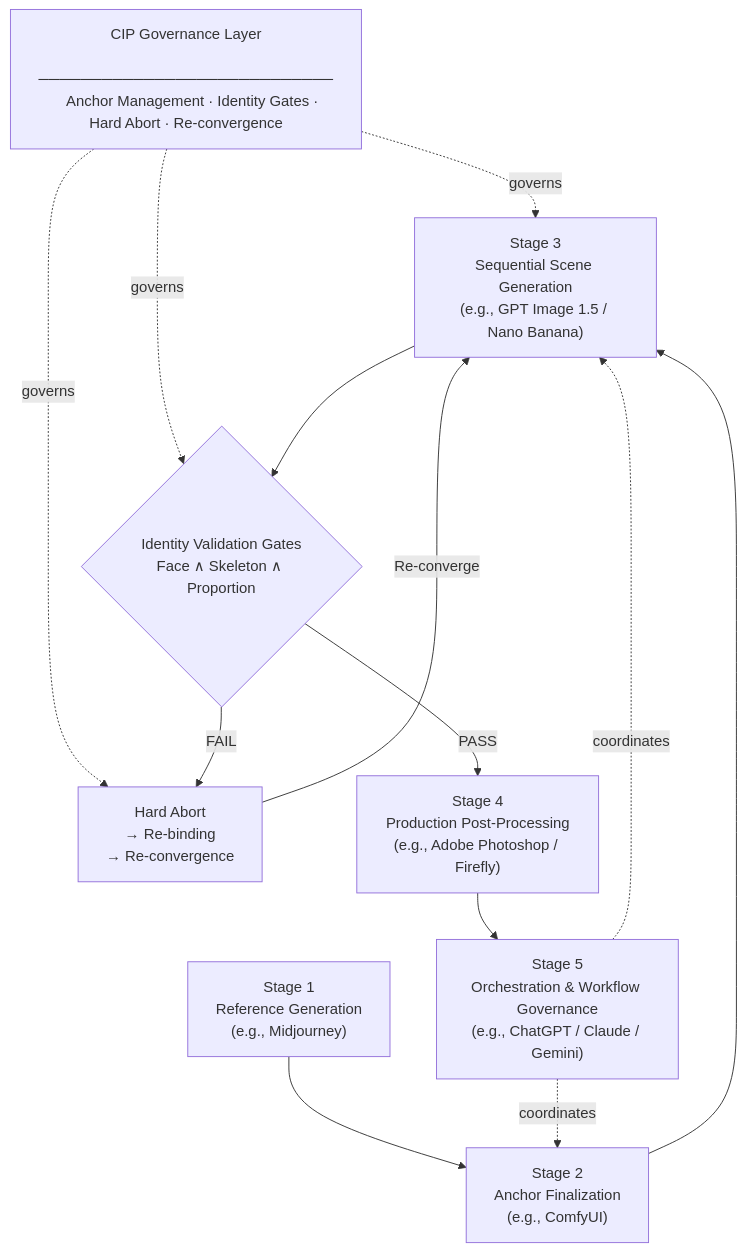
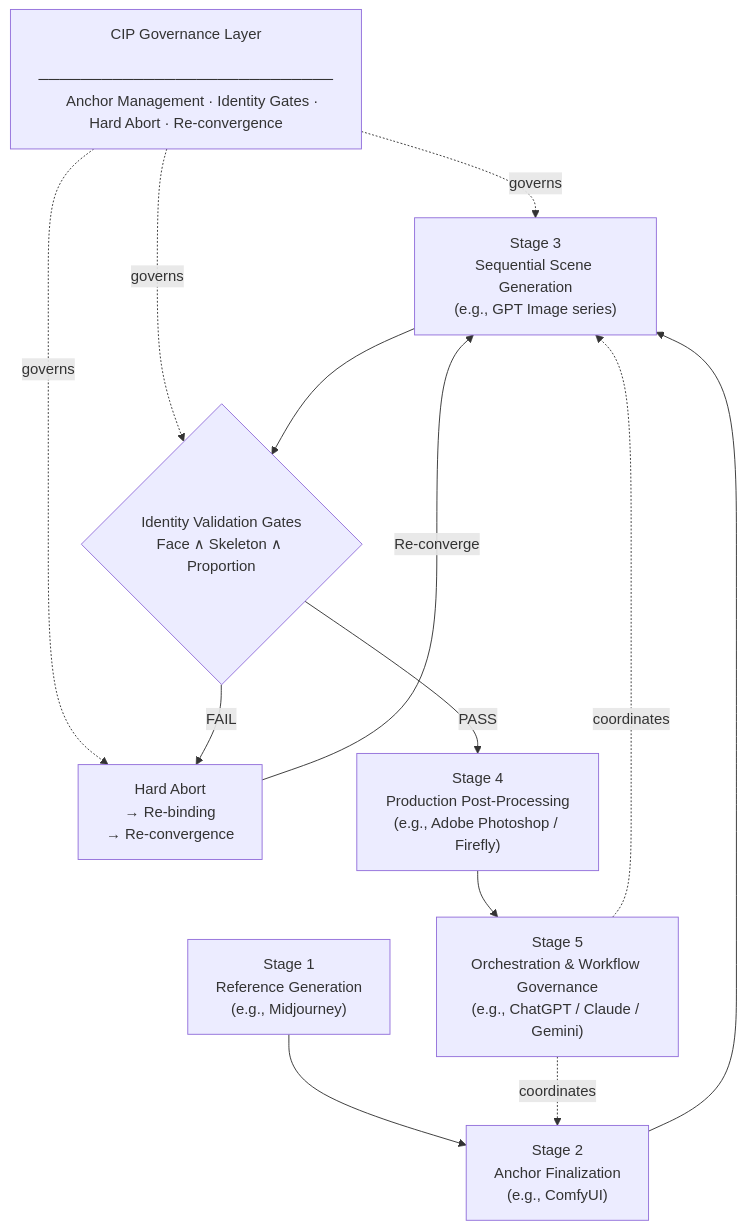
Before and after one commit to watadani-byte/character-identity-protocol: the fourth of 7 diagrams in docs/whitepaper_v1.md, drawn with Mermaid. The commit also changed other lines of this file, not shown here.

````diff
--- a/docs/whitepaper_v1.md
+++ b/docs/whitepaper_v1.md
@@ -882,28 +884,28 @@
 ```mermaid
 flowchart TD
     GOV["CIP Governance Layer
     ────────────────────────────
     Anchor Management · Identity Gates · Hard Abort · Re-convergence"]
 
     S1["Stage 1\nReference Generation\n(e.g., Midjourney)"]
     S2["Stage 2\nAnchor Finalization\n(e.g., ComfyUI)"]
-    S3["Stage 3\nSequential Scene Generation\n(e.g., GPT Image 1.5 / Nano Banana)"]
+    S3["Stage 3\nSequential Scene Generation\n(e.g., GPT Image series)"]
     GATE{"Identity Validation Gates\nFace ∧ Skeleton ∧ Proportion"}
     HA["Hard Abort\n→ Re-binding\n→ Re-convergence"]
     S4["Stage 4\nProduction Post-Processing\n(e.g., Adobe Photoshop / Firefly)"]
     S5["Stage 5\nOrchestration & Workflow Governance\n(e.g., ChatGPT / Claude / Gemini)"]
 
     GOV -.->|governs| S3
     GOV -.->|governs| GATE
     GOV -.->|governs| HA
 
     S1 --> S2
     S2 --> S3
     S3 --> GATE
     GATE -->|PASS| S4
     GATE -->|FAIL| HA
     HA -->|Re-converge| S3
     S4 --> S5
     S5 -.->|coordinates| S2
     S5 -.->|coordinates| S3
 ```
````
